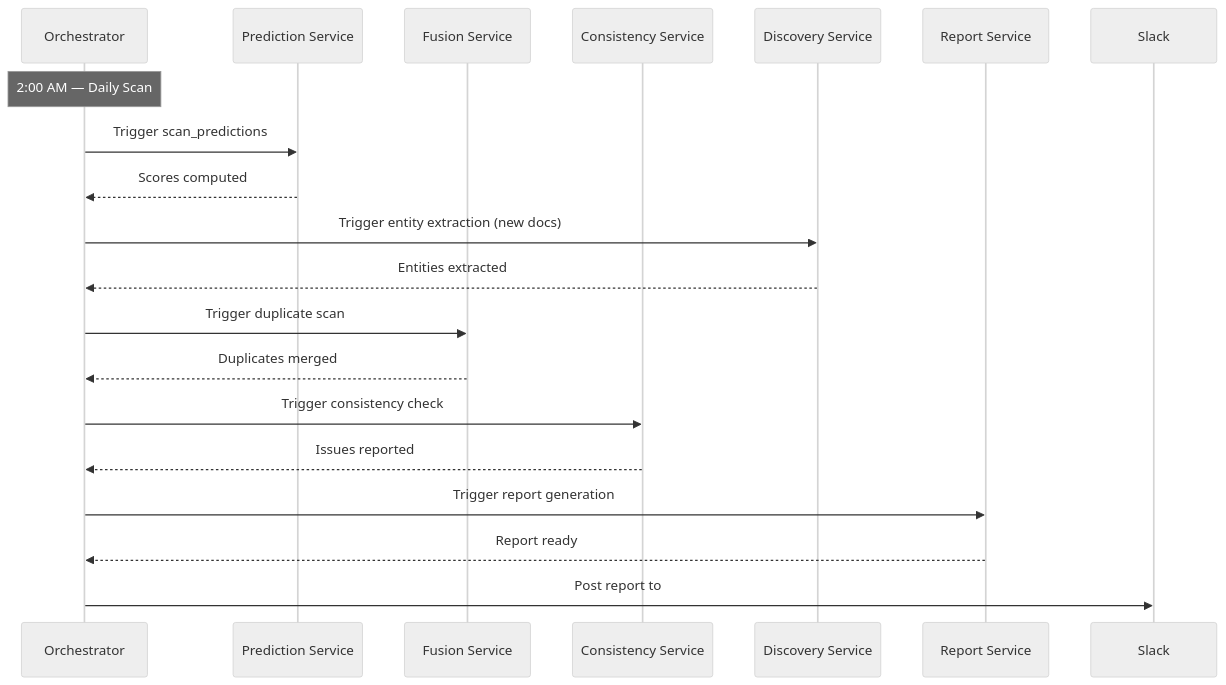
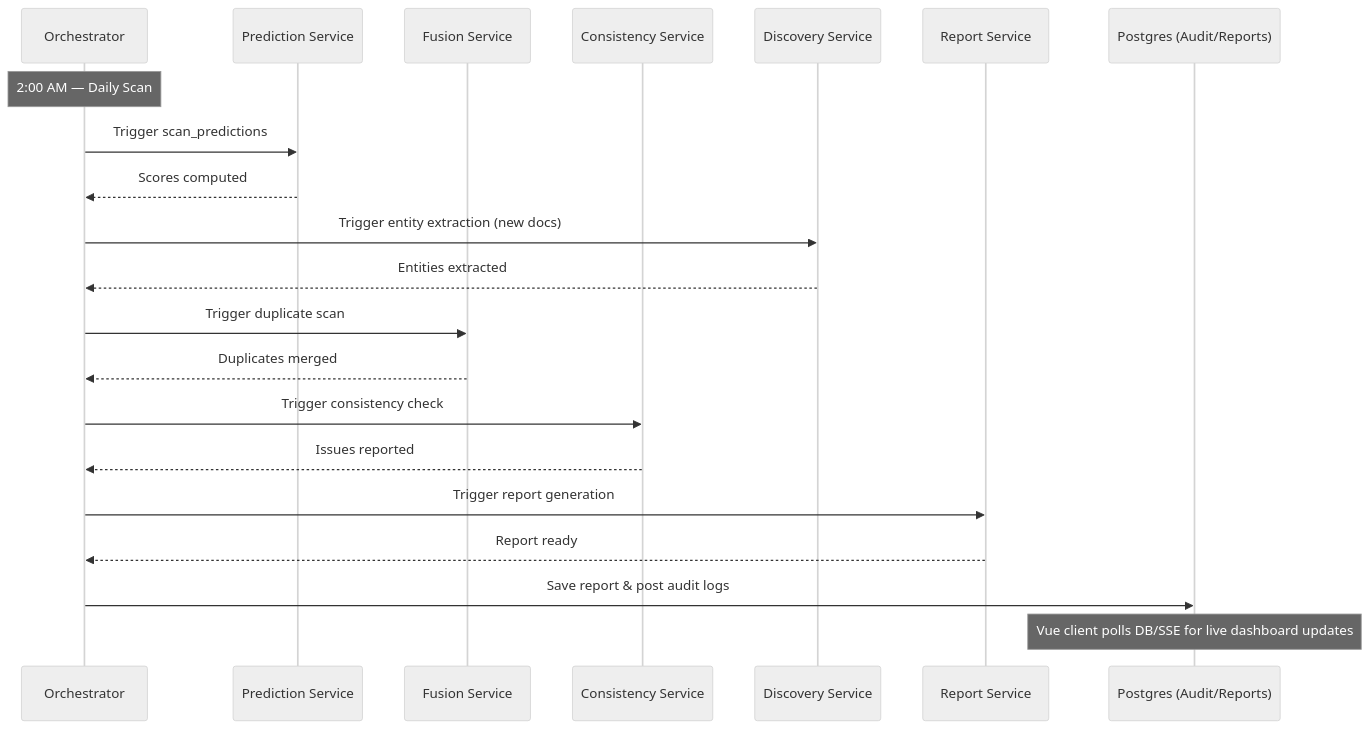
One commit to akram-dris/evo-know changed the second of 2 diagrams in docs/4_Week4_Interoperability_Deployment_Evaluation.md. Above: the diagram before and after it, drawn with Mermaid (neutral theme). The commit also changed other lines of this file and 10 other files, not shown here.

````diff
--- a/docs/4_Week4_Interoperability_Deployment_Evaluation.md
+++ b/docs/4_Week4_Interoperability_Deployment_Evaluation.md
@@ -460,23 +471,24 @@
 ```mermaid
 sequenceDiagram
     participant Orch as Orchestrator
     participant T1 as Prediction Service
     participant T3 as Fusion Service
     participant T4 as Consistency Service
     participant T5 as Discovery Service
     participant T2 as Report Service
-    participant Slack
+    participant DB as Postgres (Audit/Reports)
 
     Note over Orch: 2:00 AM — Daily Scan
     Orch->>T1: Trigger scan_predictions
     T1-->>Orch: Scores computed
     Orch->>T5: Trigger entity extraction (new docs)
     T5-->>Orch: Entities extracted
     Orch->>T3: Trigger duplicate scan
     T3-->>Orch: Duplicates merged
     Orch->>T4: Trigger consistency check
     T4-->>Orch: Issues reported
     Orch->>T2: Trigger report generation
     T2-->>Orch: Report ready
-    Orch->>Slack: Post report to #km-updates
+    Orch->>DB: Save report & post audit logs
+    Note over DB: Vue client polls DB/SSE for live dashboard updates
 ```
````
